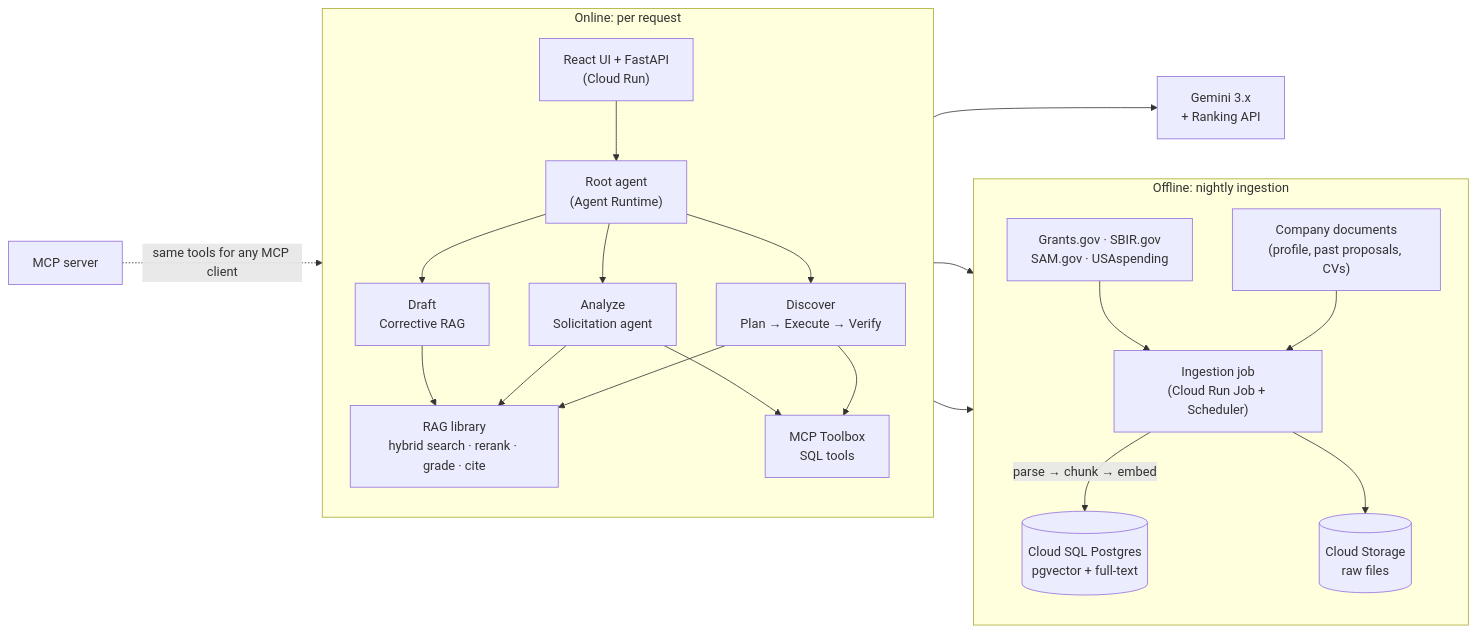
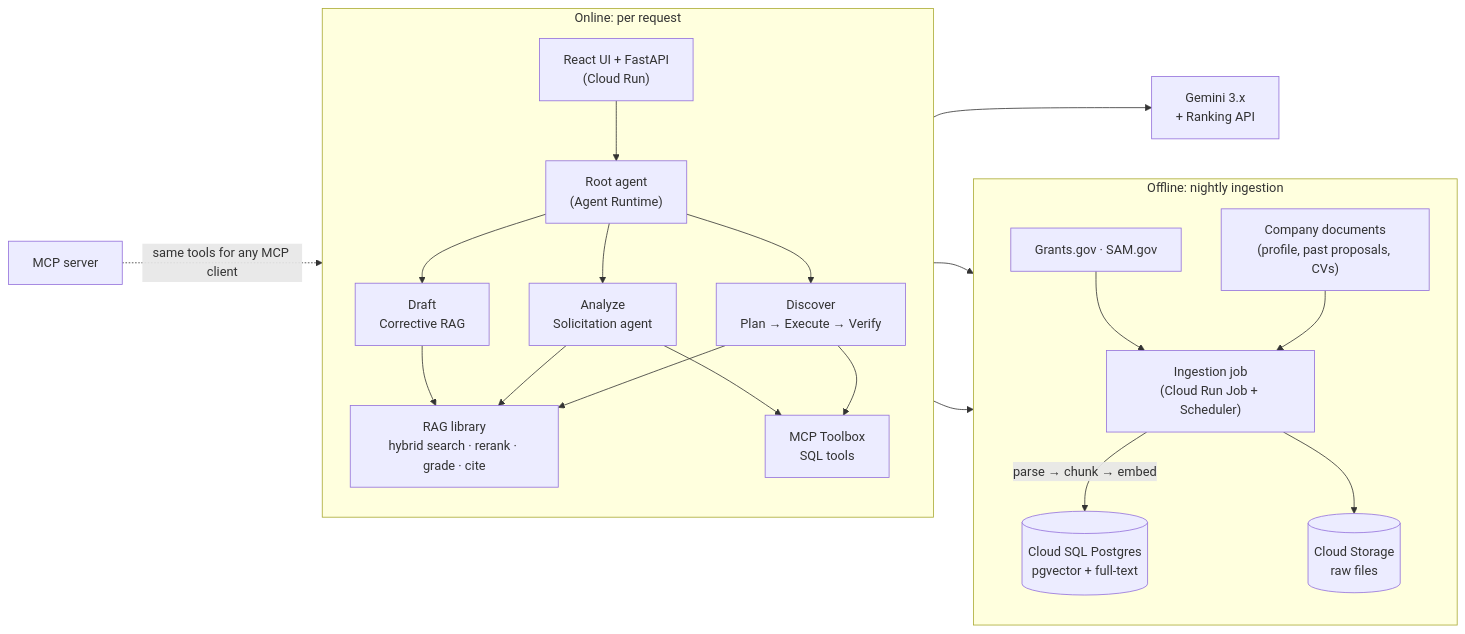
One commit to kb2326/grant-capture-agent changed the first of 6 diagrams in README.md. Above: the diagram before and after it, drawn with Mermaid. The commit also changed other lines of this file and 2 other files, not shown here.

````diff
--- a/README.md
+++ b/README.md
@@ -50,25 +50,25 @@
 ```mermaid
 flowchart LR
     subgraph OFF["Offline: nightly ingestion"]
         direction TB
-        SRC["Grants.gov · SBIR.gov<br/>SAM.gov · USAspending"] --> ING["Ingestion job<br/>(Cloud Run Job + Scheduler)"]
+        SRC["Grants.gov · SAM.gov"] --> ING["Ingestion job<br/>(Cloud Run Job + Scheduler)"]
         CO["Company documents<br/>(profile, past proposals, CVs)"] --> ING
         ING -->|"parse → chunk → embed"| DB[("Cloud SQL Postgres<br/>pgvector + full-text")]
         ING --> GCS[("Cloud Storage<br/>raw files")]
     end
 
     subgraph ON["Online: per request"]
         direction TB
         UI["React UI + FastAPI<br/>(Cloud Run)"] --> ROOT["Root agent<br/>(Agent Runtime)"]
         ROOT --> DIS["Discover<br/>Plan → Execute → Verify"]
         ROOT --> ANA["Analyze<br/>Solicitation agent"]
         ROOT --> DRA["Draft<br/>Corrective RAG"]
         DIS & ANA & DRA --> RAG["RAG library<br/>hybrid search · rerank · grade · cite"]
         DIS & ANA --> TBX["MCP Toolbox<br/>SQL tools"]
     end
 
     RAG --> DB
     TBX --> DB
     RAG --> GEM["Gemini 3.x<br/>+ Ranking API"]
     MCP["MCP server"] -.->|"same tools for any MCP client"| RAG
 ```
````
